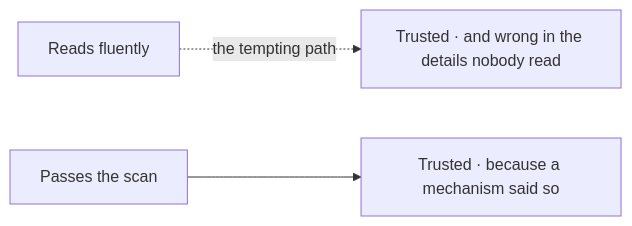
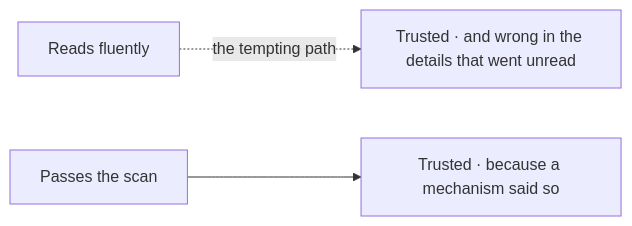
Diagram 12 of 12 in pag/GUIDE.md (Varietyz/Disciplined-AI-Software-Development), drawn with Mermaid before and after one commit. The commit also changed other lines of this file and 25 other files, not shown here.

````diff
--- a/pag/GUIDE.md
+++ b/pag/GUIDE.md
@@ -792,9 +802,9 @@
 ```mermaid
 flowchart LR
 fluent["Reads fluently"]
-trusted1["Trusted · and wrong in the details nobody read"]
+trusted1["Trusted · and wrong in the details that went unread"]
 scanned["Passes the scan"]
 trusted2["Trusted · because a mechanism said so"]
 fluent -. the tempting path .-> trusted1
 scanned --> trusted2
 ```
````
